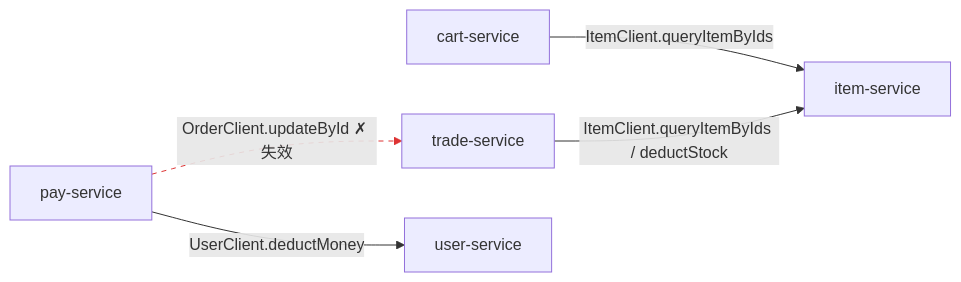
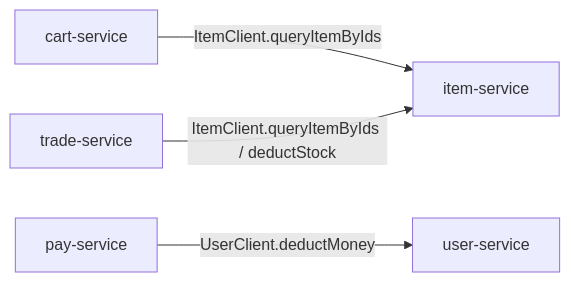
One commit to 3219378872/web-dev-experiment changed the second of 2 diagrams in docs/structure/02-module-dependencies.md. Above: the diagram before and after it, drawn with Mermaid. The commit also changed other lines of this file and 1 other file, not shown here.

Commit message:
fix: remove stale OrderClient Feign call from diagram
- Remove PS -> OrderClient.updateById from Feign dependency diagram (no longer used)
- Fix notify-service description in architecture diagram (consumes order events, not payment)
- Clarify OrderClient status in client table

````diff
--- a/docs/structure/02-module-dependencies.md
+++ b/docs/structure/02-module-dependencies.md
@@ -34,15 +34,12 @@
 ```mermaid
 flowchart LR
     CS[cart-service]
     TS[trade-service]
     PS[pay-service]
     IS[item-service]
     US[user-service]
 
     CS -- "ItemClient.queryItemByIds" --> IS
     TS -- "ItemClient.queryItemByIds / deductStock" --> IS
     PS -- "UserClient.deductMoney" --> US
-    PS -.->|"OrderClient.updateById ✗ 失效"| TS
-
-    linkStyle 3 stroke:#d33,stroke-dasharray:5 5
 ```
````
